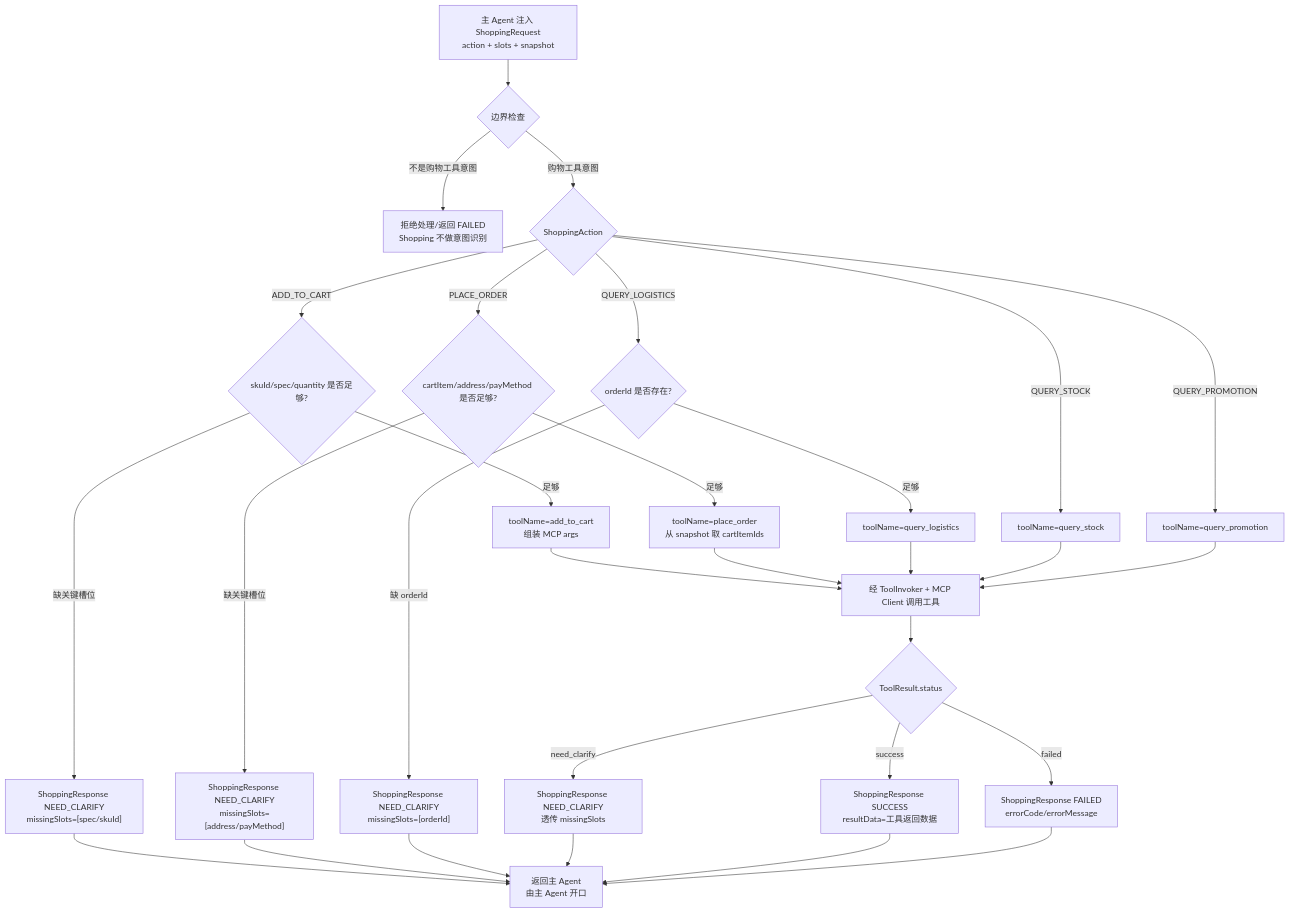
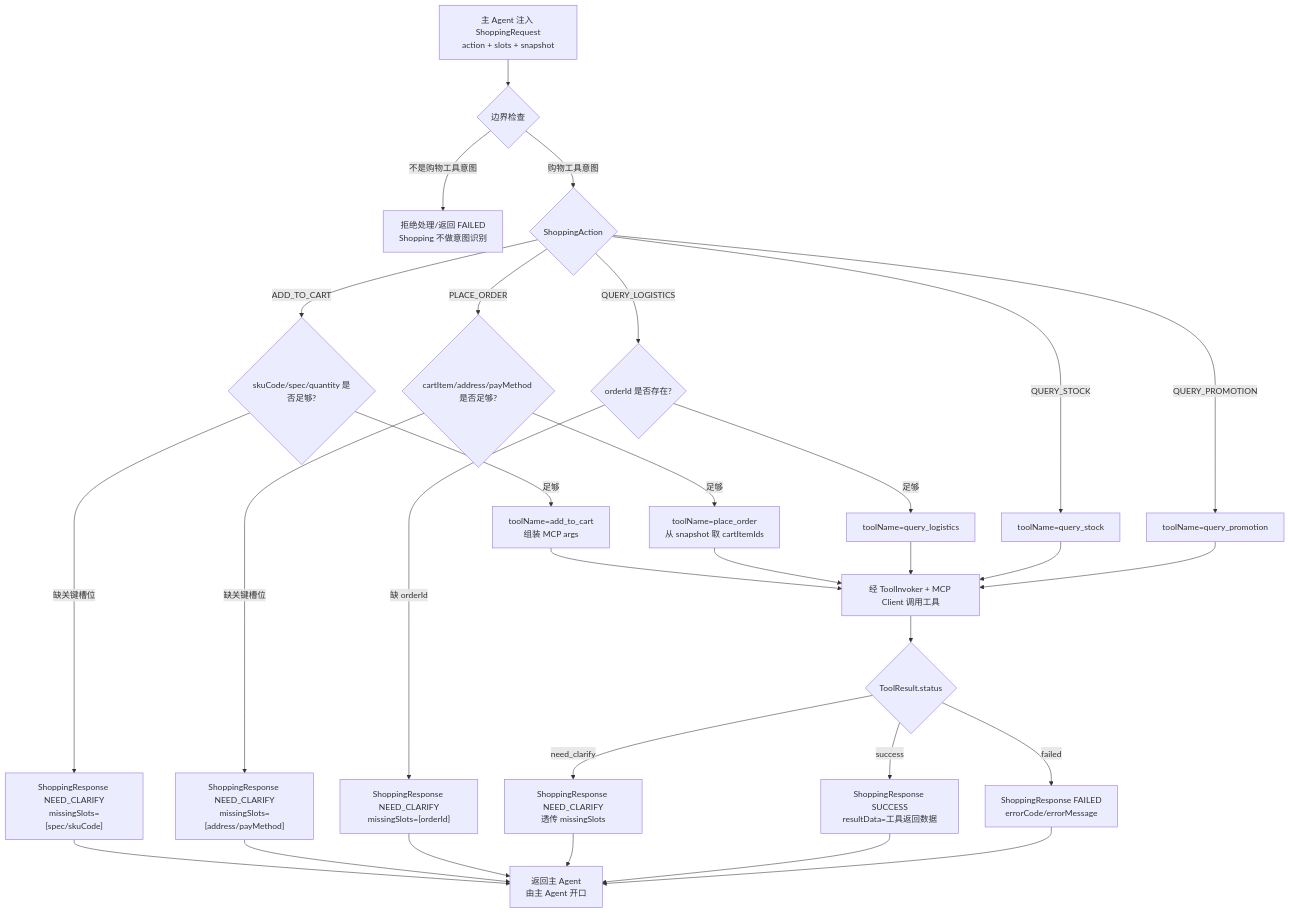
One commit to liyunyi-gif/Xiaomi-Shopping-Agent changed the second of 2 diagrams in doc/购物Agent-技术架构.md. Above: the diagram before and after it, drawn with Mermaid. The commit also changed other lines of this file and 19 other files, not shown here.

````diff
--- a/doc/购物Agent-技术架构.md
+++ b/doc/购物Agent-技术架构.md
@@ -246,39 +249,39 @@
 ```mermaid
 flowchart TD
     IN["主 Agent 注入 ShoppingRequest<br/>action + slots + snapshot"] --> BOUNDARY{"边界检查"}
     BOUNDARY -- "不是购物工具意图" --> REJECT["拒绝处理/返回 FAILED<br/>Shopping 不做意图识别"]
     BOUNDARY -- "购物工具意图" --> ACTION{"ShoppingAction"}
 
-    ACTION -- "ADD_TO_CART" --> ADD_SLOT{"skuId/spec/quantity 是否足够?"}
-    ADD_SLOT -- "缺关键槽位" --> NEED_ADD["ShoppingResponse NEED_CLARIFY<br/>missingSlots=[spec/skuId]"]
+    ACTION -- "ADD_TO_CART" --> ADD_SLOT{"skuCode/spec/quantity 是否足够?"}
+    ADD_SLOT -- "缺关键槽位" --> NEED_ADD["ShoppingResponse NEED_CLARIFY<br/>missingSlots=[spec/skuCode]"]
     ADD_SLOT -- "足够" --> ADD_TOOL["toolName=add_to_cart<br/>组装 MCP args"]
 
     ACTION -- "PLACE_ORDER" --> ORDER_SLOT{"cartItem/address/payMethod 是否足够?"}
     ORDER_SLOT -- "缺关键槽位" --> NEED_ORDER["ShoppingResponse NEED_CLARIFY<br/>missingSlots=[address/payMethod]"]
     ORDER_SLOT -- "足够" --> ORDER_TOOL["toolName=place_order<br/>从 snapshot 取 cartItemIds"]
 
     ACTION -- "QUERY_LOGISTICS" --> LOG_SLOT{"orderId 是否存在?"}
     LOG_SLOT -- "缺 orderId" --> NEED_LOG["ShoppingResponse NEED_CLARIFY<br/>missingSlots=[orderId]"]
     LOG_SLOT -- "足够" --> LOG_TOOL["toolName=query_logistics"]
 
     ACTION -- "QUERY_STOCK" --> STOCK_TOOL["toolName=query_stock"]
     ACTION -- "QUERY_PROMOTION" --> PROMO_TOOL["toolName=query_promotion"]
 
     ADD_TOOL --> MCP["经 ToolInvoker + MCP Client 调用工具"]
     ORDER_TOOL --> MCP
     LOG_TOOL --> MCP
     STOCK_TOOL --> MCP
     PROMO_TOOL --> MCP
 
     MCP --> RESULT{"ToolResult.status"}
     RESULT -- "success" --> SUCCESS["ShoppingResponse SUCCESS<br/>resultData=工具返回数据"]
     RESULT -- "need_clarify" --> NEED_TOOL["ShoppingResponse NEED_CLARIFY<br/>透传 missingSlots"]
     RESULT -- "failed" --> FAILED["ShoppingResponse FAILED<br/>errorCode/errorMessage"]
 
     NEED_ADD --> OUT["返回主 Agent<br/>由主 Agent 开口"]
     NEED_ORDER --> OUT
     NEED_LOG --> OUT
     NEED_TOOL --> OUT
     SUCCESS --> OUT
     FAILED --> OUT
 ```
````
